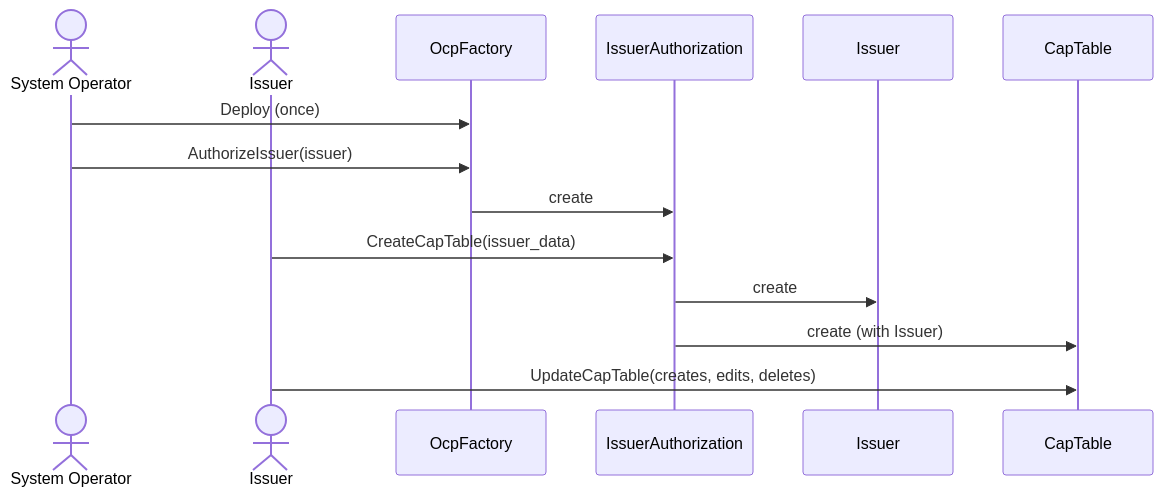
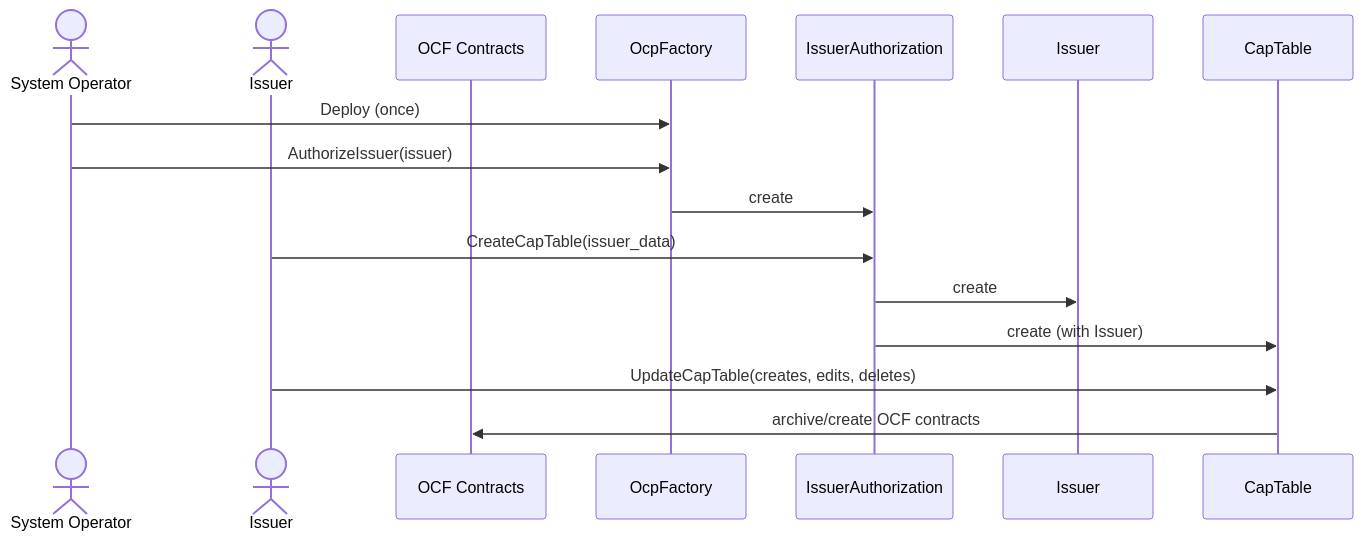
Before and after one commit to Fairmint/open-captable-protocol-daml: the second of 2 diagrams in docs/OCP_CONTRACT_DIAGRAM.md, drawn with Mermaid. The commit also changed other lines of this file, not shown here.

Commit message:
Clarify Issuer as OCF object and add OCF contract interactions in diagrams

````diff
--- a/docs/OCP_CONTRACT_DIAGRAM.md
+++ b/docs/OCP_CONTRACT_DIAGRAM.md
@@ -17,15 +17,17 @@
 ```mermaid
 sequenceDiagram
     actor SO as System Operator
     actor I as Issuer
+    participant OCF as OCF Contracts
 
     SO->>OcpFactory: Deploy (once)
     SO->>OcpFactory: AuthorizeIssuer(issuer)
     OcpFactory->>IssuerAuthorization: create
 
     I->>IssuerAuthorization: CreateCapTable(issuer_data)
     IssuerAuthorization->>Issuer: create
     IssuerAuthorization->>CapTable: create (with Issuer)
 
     I->>CapTable: UpdateCapTable(creates, edits, deletes)
+    CapTable->>OCF: archive/create OCF contracts
 ```
````
